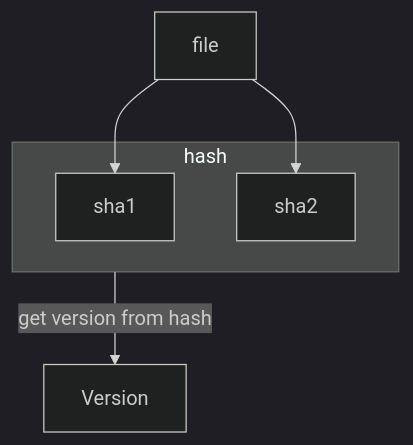
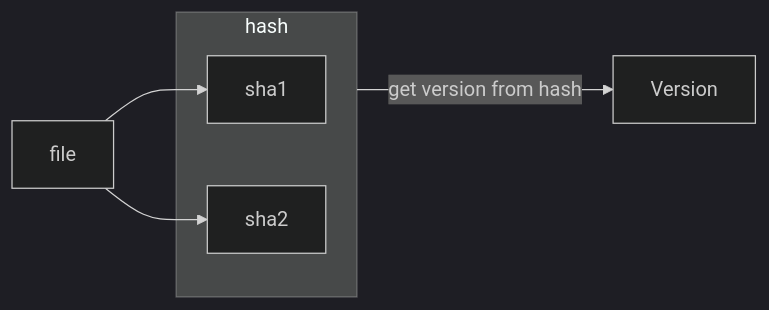
Before and after one commit to AzurIce/ice: the diagram in notes/modrinth.md, drawn with Mermaid (dark theme). The commit also changed 8 other files, not shown here.

````diff
--- a/notes/modrinth.md
+++ b/notes/modrinth.md
@@ -23,15 +23,15 @@
 ```mermaid
-flowchart
+flowchart LR
 
 file --> sha1
 file --> sha2
 
 subgraph hash
     sha1
     sha2
 end
 
 hash --get version from hash--> Version
 
 
 ```
````
